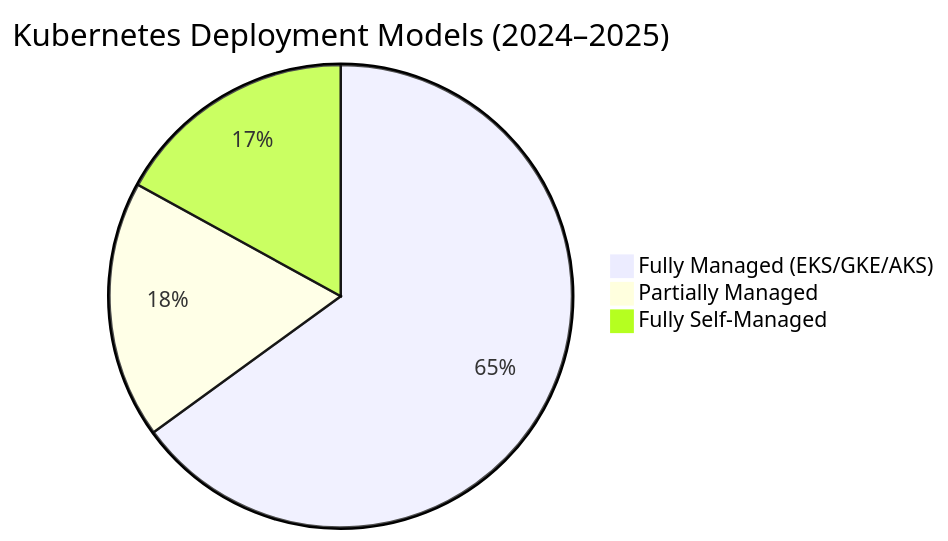
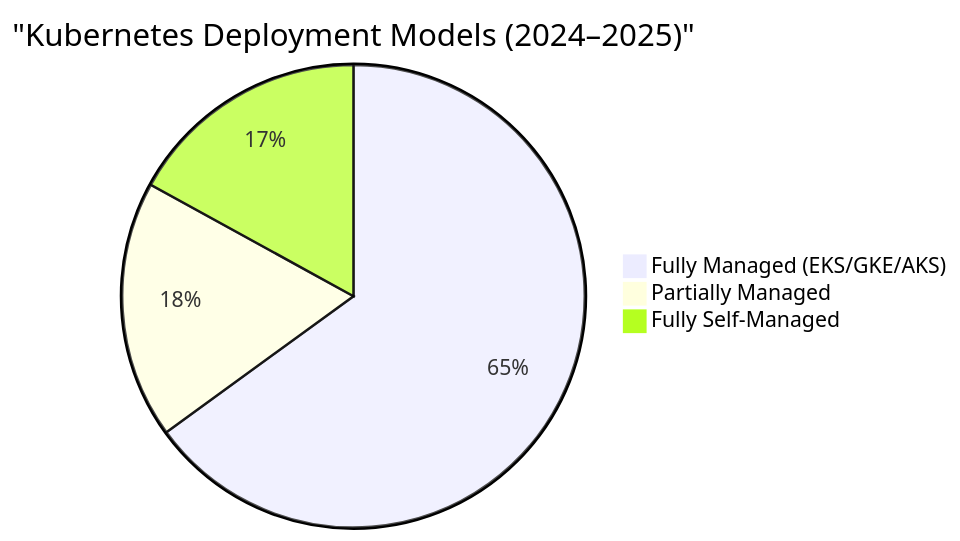
One commit to vtsarfin/platfrom-eng-pres changed the first of 3 diagrams in pe_slides_1.md. Above: the diagram before and after it, drawn with Mermaid.

````diff
--- a/pe_slides_1.md
+++ b/pe_slides_1.md
@@ -31,7 +31,7 @@
 ```mermaid
 pie
-    title  Kubernetes Deployment Models (2024–2025)
+    title  "Kubernetes Deployment Models (2024–2025)"
     "Fully Managed (EKS/GKE/AKS)" : 65
     "Partially Managed" : 18
     "Fully Self-Managed" : 17
 ```
````
